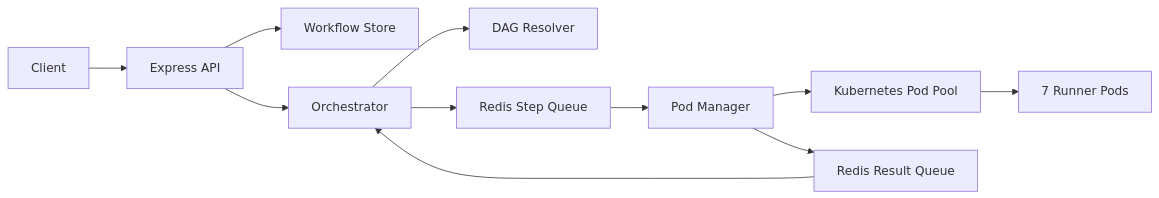
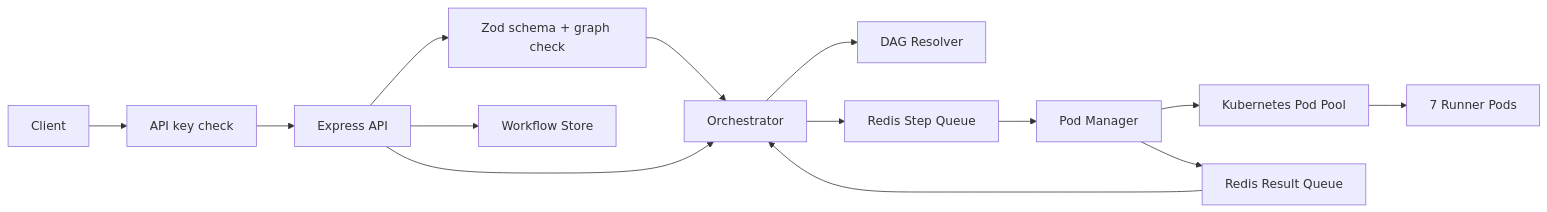
One commit to JayBhende05/Workflow-Orchestator changed the diagram in README.md. Above: the diagram before and after it, drawn with Mermaid. The commit also changed other lines of this file and 10 other files, not shown here.

````diff
--- a/README.md
+++ b/README.md
@@ -13,13 +14,16 @@
 ```mermaid
 flowchart LR
-    Client[Client] --> API[Express API]
+    Client[Client] --> Auth[API key check]
+    Auth --> API[Express API]
+    API --> Validation[Zod schema + graph check]
+    Validation --> Orchestrator
     API --> Store[Workflow Store]
     API --> Orchestrator[Orchestrator]
     Orchestrator --> DAG[DAG Resolver]
     Orchestrator --> StepQueue[Redis Step Queue]
     StepQueue --> PodManager[Pod Manager]
     PodManager --> PodPool[Kubernetes Pod Pool]
     PodPool --> Runners[7 Runner Pods]
     PodManager --> ResultQueue[Redis Result Queue]
     ResultQueue --> Orchestrator
 ```
````
